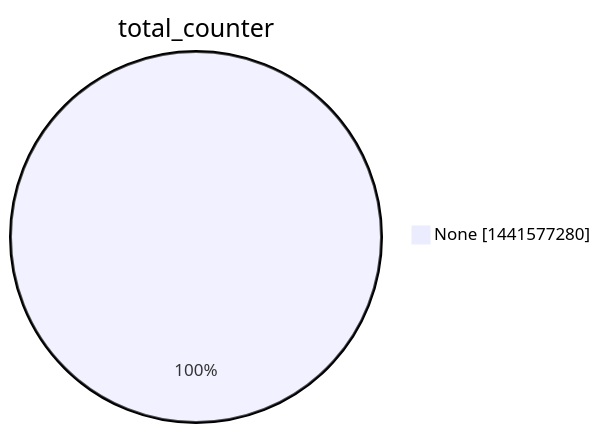
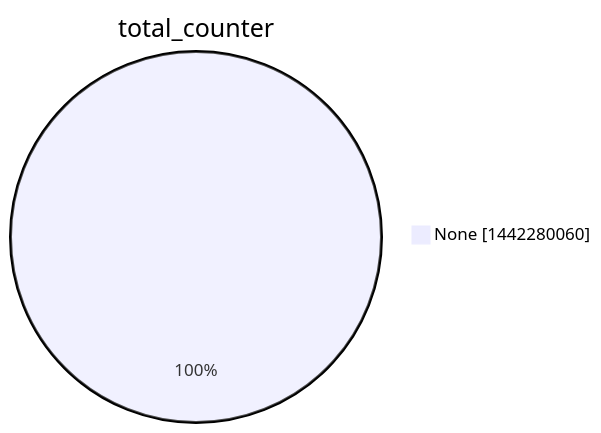
The second of 15 diagrams in argon2022/README.md (christiankrug/ctmonitor_visualization), drawn with Mermaid before and after one commit. The commit also changed other lines of this file, not shown here.

````diff
--- a/argon2022/README.md
+++ b/argon2022/README.md
@@ -9,5 +9,5 @@
 ```mermaid
 pie showData
 title total_counter
-"None" :1441577280
+"None" :1442280060
 ```
````
